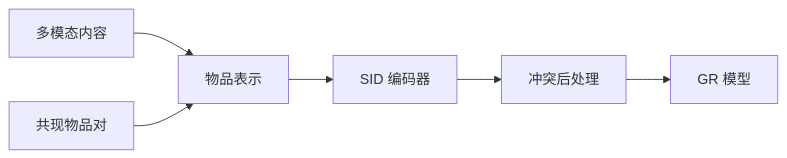
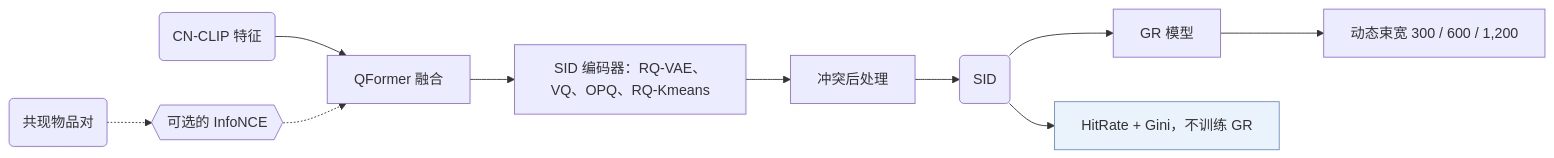
Before and after one commit to Galaxy-ghost/Awesome-SID-Generative-Rec: the diagram in notes/zh/forge.md, drawn with Mermaid. The commit also changed 521 other files, not shown here.

Commit message:
writer-04 part 3: algorithm diagrams with shared shape conventions, README hero and paper cards, archive removed

````diff
--- a/notes/zh/forge.md
+++ b/notes/zh/forge.md
@@ -13,8 +13,13 @@
 ```mermaid
 flowchart LR
-    A[多模态内容] --> B[物品表示]
-    C[共现物品对] --> B
-    B --> D[SID 编码器]
-    D --> E[冲突后处理]
-    E --> F[GR 模型]
+    A("CN-CLIP 特征") --> B["QFormer 融合"]
+    P("共现物品对") -.-> L1{{"可选的 InfoNCE"}}
+    L1 -.-> B
+    B --> C["SID 编码器：RQ-VAE、VQ、OPQ、RQ-Kmeans"]
+    C --> D["冲突后处理"]
+    D --> E("SID")
+    E --> F["GR 模型"]
+    F --> G["动态束宽 300 / 600 / 1,200"]
+    E --> Q["HitRate + Gini，不训练 GR"]:::key
+    classDef key fill:#eaf2fb,stroke:#6b8fc7
 ```
````
